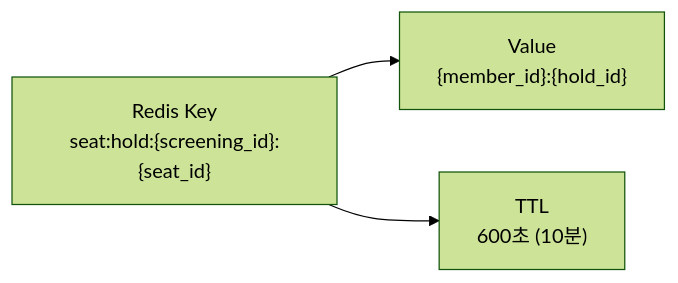
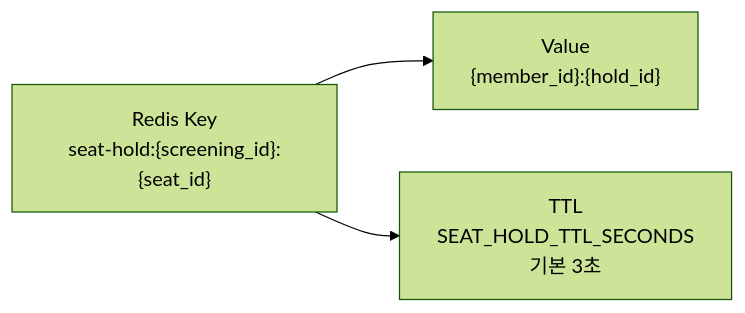
The third of 16 diagrams in architect.md (kangjuhyup/gc-project), drawn with Mermaid (forest theme) before and after one commit. The commit also changed other lines of this file, not shown here.

````diff
--- a/architect.md
+++ b/architect.md
@@ -497,9 +572,9 @@
 ```mermaid
 flowchart LR
-    A["Redis Key<br/>seat:hold:{screening_id}:{seat_id}"]
+    A["Redis Key<br/>seat-hold:{screening_id}:{seat_id}"]
     B["Value<br/>{member_id}:{hold_id}"]
-    C["TTL<br/>600초 (10분)"]
+    C["TTL<br/>SEAT_HOLD_TTL_SECONDS<br/>기본 3초"]
 
     A --> B
     A --> C
 ```
````
